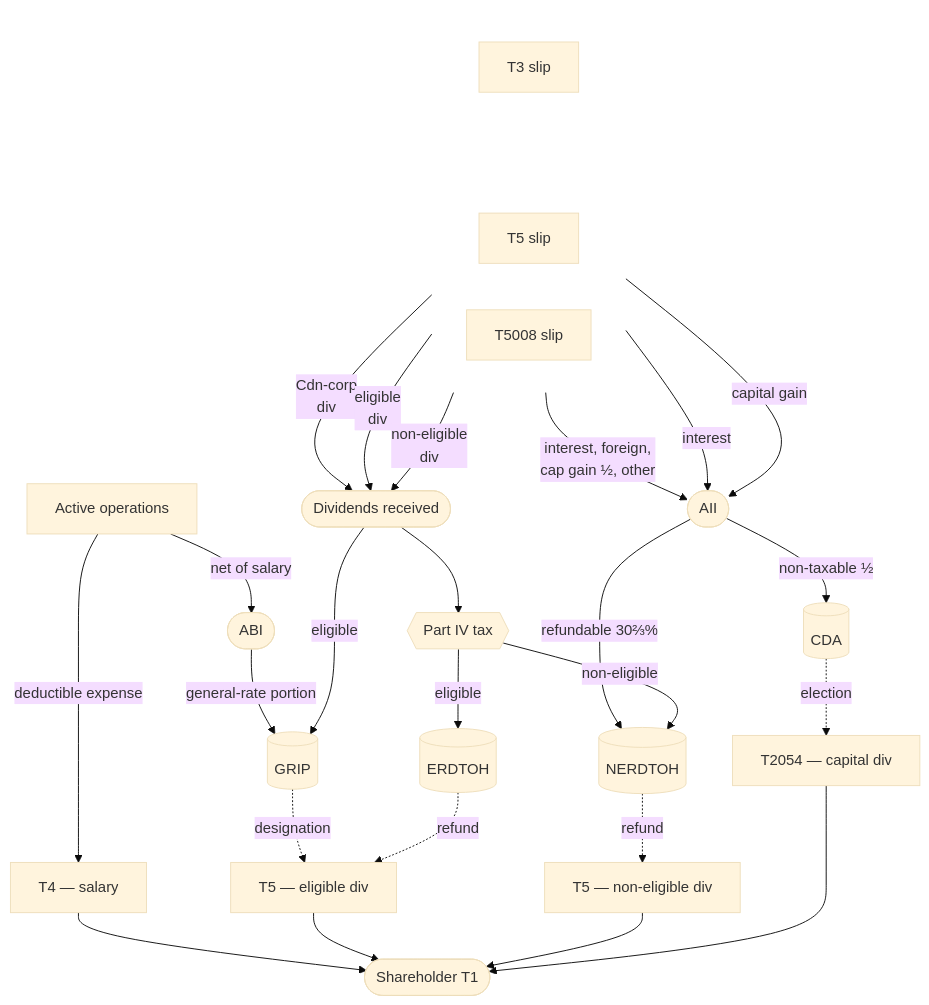
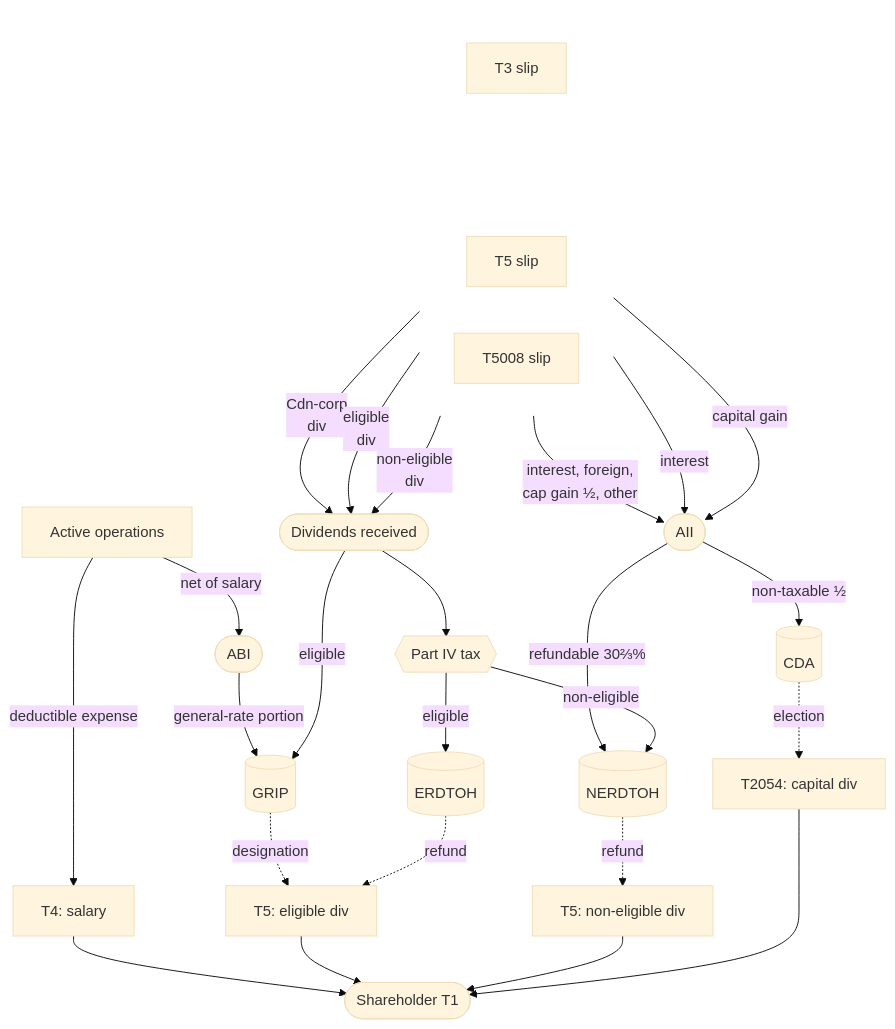
Before and after one commit to alexoooo/canadian-corp-info: the diagram in guide/Small-Business-Tax-Overview.md, drawn with Mermaid (base theme).

Commit message:
formatting

````diff
--- a/guide/Small-Business-Tax-Overview.md
+++ b/guide/Small-Business-Tax-Overview.md
@@ -210,59 +210,59 @@
 ```mermaid
 flowchart TB
-    subgraph Slips[" "]
+    subgraph Slips [Slips]
         direction LR
         T3[T3 slip]
-        SpaceTT[ ]
+        SpaceTT[SpaceTT]
         T5in[T5 slip]
         T5008[T5008 slip]
     end
     OP[Active operations]
 
     ABI([ABI])
     AII([AII])
     DivRcv([Dividends received])
 
     GRIP[(GRIP)]
     CDA[(CDA)]
     ERDTOH[(ERDTOH)]
     NERDTOH[(NERDTOH)]
 
     PartIV{{Part IV tax}}
 
-    T4out["T4 — salary"]
-    T5elig["T5 — eligible div"]
-    T5neli["T5 — non-eligible div"]
-    T2054["T2054 — capital div"]
+    T4out["T4: salary"]
+    T5elig["T5: eligible div"]
+    T5neli["T5: non-eligible div"]
+    T2054["T2054: capital div"]
     SH([Shareholder T1])
 
     OP -->|net of salary| ABI
     OP -->|deductible expense| T4out
     T3 -->|interest, foreign,<br/>cap gain ½, other| AII
     T5in -->|interest| AII
     T5008 -->|capital gain| AII
     T5in -->|Cdn-corp<br/>div| DivRcv
     T3 -->|eligible<br/>div| DivRcv
     T3 -->|non-eligible<br/>div| DivRcv
 
     ABI -->|general-rate portion| GRIP
     AII -->|non-taxable ½| CDA
     AII -->|refundable 30⅔%| NERDTOH
     DivRcv -->|eligible| GRIP
     DivRcv --> PartIV
     PartIV -->|eligible| ERDTOH
     PartIV -->|non-eligible| NERDTOH
 
     GRIP -.->|designation| T5elig
     ERDTOH -.->|refund| T5elig
     NERDTOH -.->|refund| T5neli
     CDA -.->|election| T2054
 
     T4out --> SH
     T5elig --> SH
     T5neli --> SH
     T2054 --> SH
 
     classDef hidden fill:transparent,stroke:transparent,color:transparent
     class SpaceTT hidden
-    style Slips fill:transparent,stroke:transparent
+    style Slips fill:transparent,stroke:transparent,color:transparent
 ```
````
